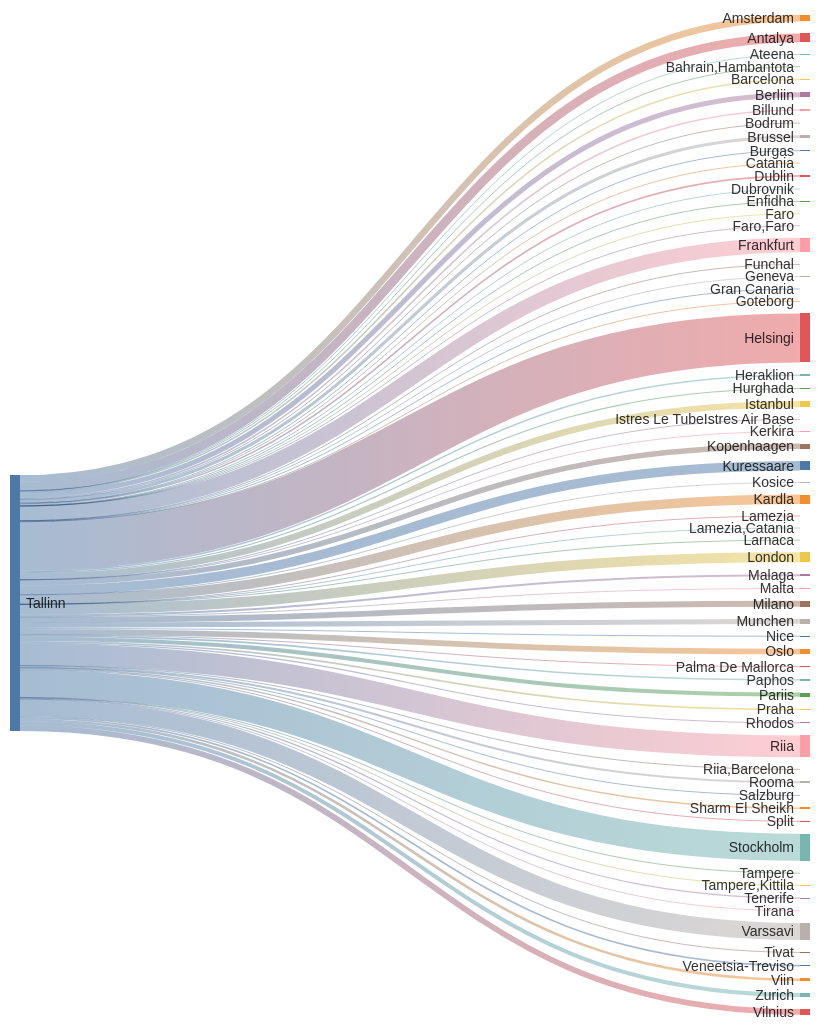
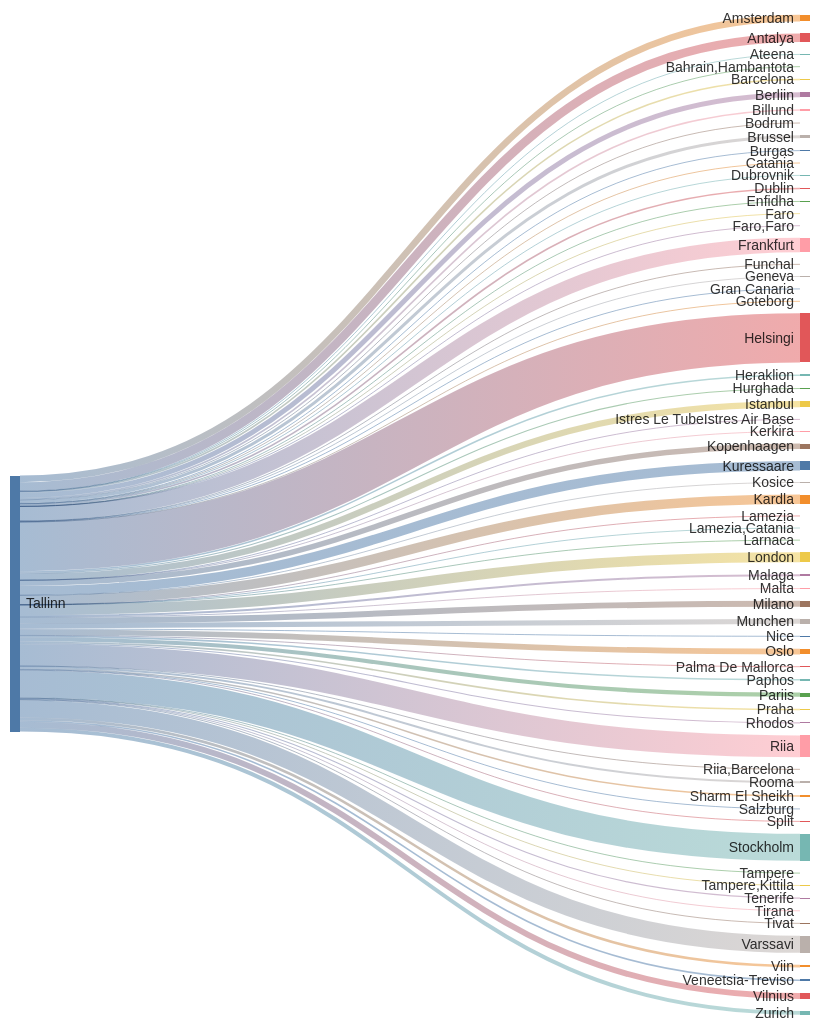
Before and after one commit to rainermesi/tll-airport-departures: the second of 2 diagrams in README.md, drawn with Mermaid. The commit also changed other lines of this file, not shown here.

````diff
--- a/README.md
+++ b/README.md
@@ -34,76 +34,76 @@
 ```mermaid
 ---
 config:
   sankey:
     showValues: false
     width: 800
     height: 1000
 ---
 sankey-beta
 %% source,target,value
-Tallinn,Amsterdam,197
+Tallinn,Amsterdam,198
 Tallinn,Antalya,264
 Tallinn,Ateena,16
 Tallinn,"Bahrain,Hambantota",1
-Tallinn,Barcelona,46
+Tallinn,Barcelona,47
 Tallinn,Berliin,150
 Tallinn,Billund,49
 Tallinn,Bodrum,11
 Tallinn,Brussel,93
 Tallinn,Burgas,21
 Tallinn,Catania,2
 Tallinn,Dublin,48
 Tallinn,Dubrovnik,21
 Tallinn,Enfidha,7
 Tallinn,Faro,4
 Tallinn,"Faro,Faro",1
-Tallinn,Frankfurt,437
+Tallinn,Frankfurt,439
 Tallinn,Funchal,5
 Tallinn,Geneva,3
 Tallinn,Gran Canaria,23
 Tallinn,Goteborg,1
-Tallinn,Helsingi,1475
+Tallinn,Helsingi,1484
 Tallinn,Heraklion,46
 Tallinn,Hurghada,32
-Tallinn,Istanbul,190
+Tallinn,Istanbul,191
 Tallinn,Istres Le TubeIstres Air Base,2
 Tallinn,Kerkira,4
 Tallinn,Kopenhaagen,165
 Tallinn,Kosice,1
-Tallinn,Kuressaare,283
-Tallinn,Kardla,283
+Tallinn,Kuressaare,285
+Tallinn,Kardla,285
 Tallinn,Lamezia,1
 Tallinn,"Lamezia,Catania",3
 Tallinn,Larnaca,4
-Tallinn,London,303
+Tallinn,London,305
 Tallinn,Malaga,60
 Tallinn,Malta,15
-Tallinn,Milano,179
-Tallinn,Munchen,153
+Tallinn,Milano,180
+Tallinn,Munchen,154
 Tallinn,Nice,25
 Tallinn,Oslo,172
 Tallinn,Palma De Mallorca,19
 Tallinn,Paphos,47
 Tallinn,Pariis,125
 Tallinn,Praha,49
 Tallinn,Rhodos,32
-Tallinn,Riia,659
+Tallinn,Riia,662
 Tallinn,"Riia,Barcelona",1
 Tallinn,Rooma,60
 Tallinn,Salzburg,4
-Tallinn,Sharm El Sheikh,44
+Tallinn,Sharm El Sheikh,46
 Tallinn,Split,25
-Tallinn,Stockholm,814
+Tallinn,Stockholm,816
 Tallinn,Tampere,17
 Tallinn,"Tampere,Kittila",4
 Tallinn,Tenerife,34
 Tallinn,Tirana,8
 Tallinn,Tivat,26
-Tallinn,Varssavi,511
+Tallinn,Varssavi,514
 Tallinn,Veneetsia-Treviso,48
 Tallinn,Viin,79
-Tallinn,Vilnius,175
+Tallinn,Vilnius,177
 Tallinn,Zurich,119
 
 
 ```
````
